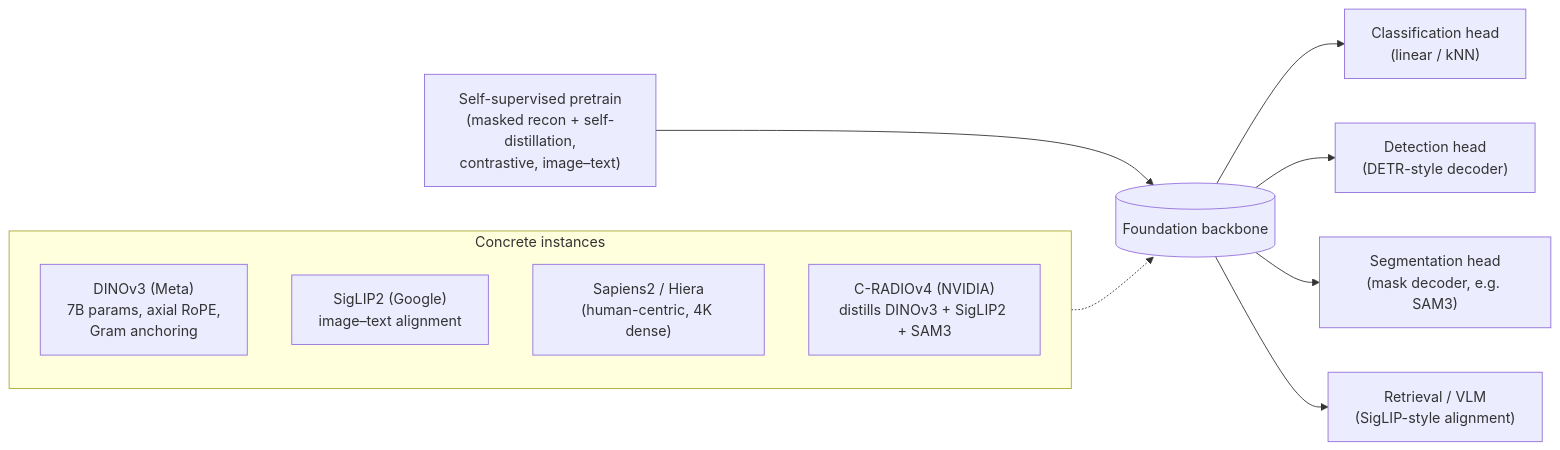
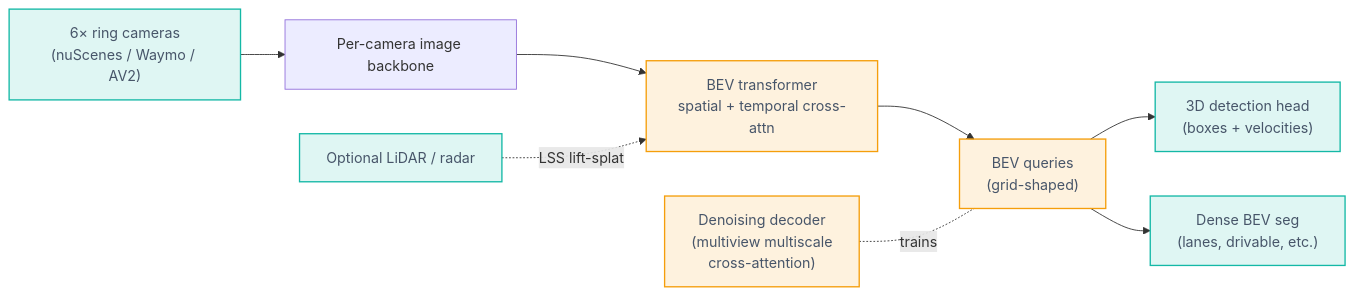
Before and after one commit to voyarchie/cv-updates: the third of 4 diagrams in 2026-Apr-30/2026-Apr-30_CV_updates.md, drawn with Mermaid. The commit also changed other lines of this file and 3 other files, not shown here.

First line of the commit message:
Refocus 2026-Apr-30 CV update on operational tracks for dense detection/classification

````diff
--- a/2026-Apr-30/2026-Apr-30_CV_updates.md
+++ b/2026-Apr-30/2026-Apr-30_CV_updates.md
@@ -185,18 +107,18 @@
 ```mermaid
 flowchart LR
-    Pretrain["Self-supervised pretrain<br/>(masked recon + self-distillation,<br/>contrastive, image–text)"] --> BB[(Foundation backbone)]
+    Cams["6× ring cameras<br/>(nuScenes / Waymo / AV2)"] --> ImgBB["Per-camera image backbone"]
+    ImgBB --> BEV["BEV transformer<br/>spatial + temporal cross-attn"]
+    BEV --> Q["BEV queries<br/>(grid-shaped)"]
+    Q --> DET["3D detection head<br/>(boxes + velocities)"]
+    Q --> SEG["Dense BEV seg<br/>(lanes, drivable, etc.)"]
 
-    BB --> CLS["Classification head<br/>(linear / kNN)"]
-    BB --> DET["Detection head<br/>(DETR-style decoder)"]
-    BB --> SEG["Segmentation head<br/>(mask decoder, e.g. SAM3)"]
-    BB --> RET["Retrieval / VLM<br/>(SigLIP-style alignment)"]
+    LiDAR["Optional LiDAR / radar"] -.LSS lift-splat.-> BEV
 
-    subgraph Examples["Concrete instances"]
-        DINOv3["DINOv3 (Meta)<br/>7B params, axial RoPE,<br/>Gram anchoring"]
-        SigLIP2["SigLIP2 (Google)<br/>image–text alignment"]
-        Hiera2["Sapiens2 / Hiera<br/>(human-centric, 4K dense)"]
-        RADIO["C-RADIOv4 (NVIDIA)<br/>distills DINOv3 + SigLIP2 + SAM3"]
-    end
+    DEN["Denoising decoder<br/>(multiview multiscale<br/>cross-attention)"] -. trains .- Q
 
-    Examples -.-> BB
+    classDef gold fill:#f59e0b22,stroke:#f59e0b,stroke-width:1.5px,color:#475569;
+    classDef teal fill:#14b8a622,stroke:#14b8a6,stroke-width:1.5px,color:#475569;
+    class Cams,LiDAR teal
+    class BEV,Q,DEN gold
+    class DET,SEG teal
 ```
````
